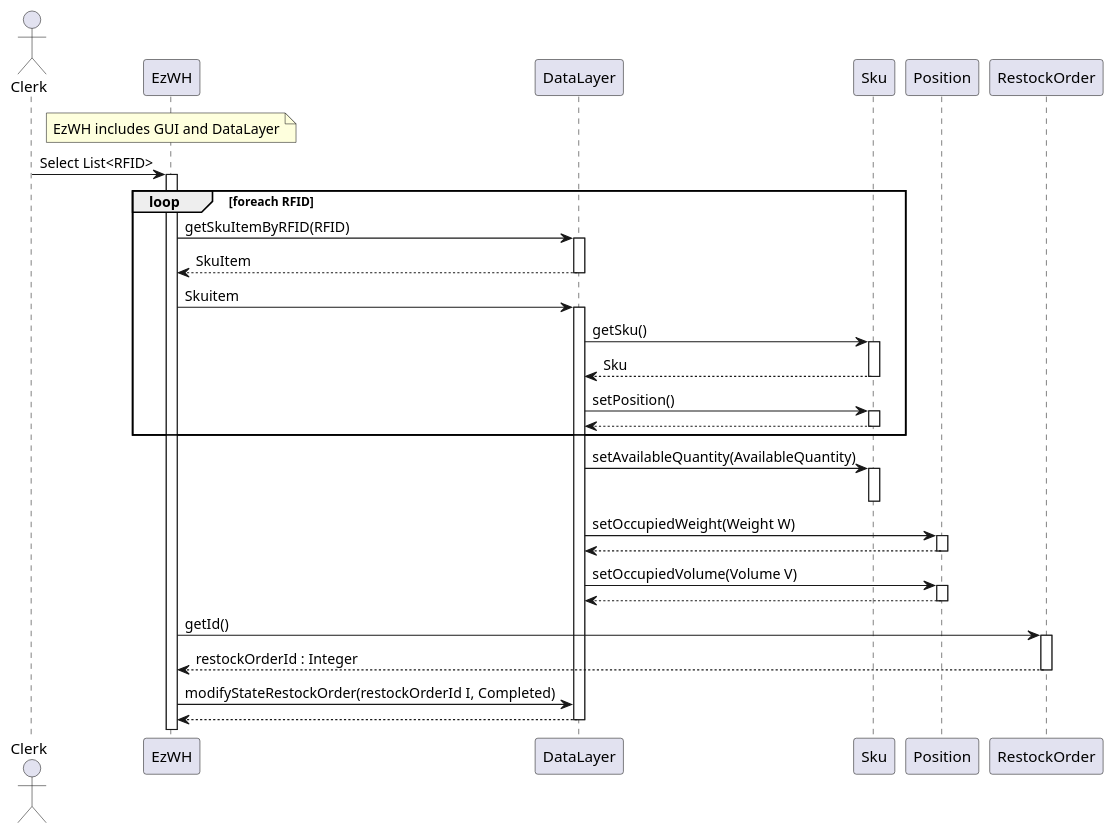
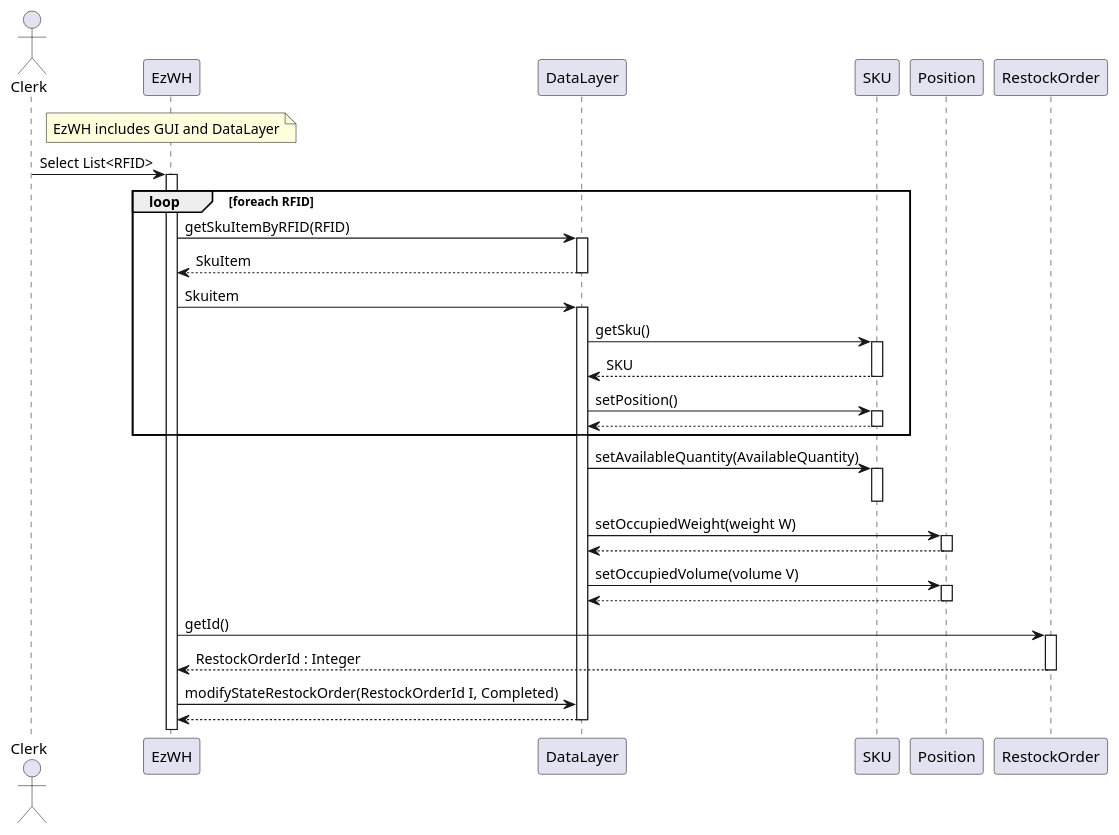
Before and after one commit to LucaFilippetti99/EzWh---Software-engineering-project: the sixth of 8 diagrams in DesignDocument.md, drawn with PlantUML. The commit also changed other lines of this file, not shown here.

````diff
--- a/DesignDocument.md
+++ b/DesignDocument.md
@@ -613,53 +613,53 @@
 ```plantuml
 
 actor Clerk
 note over EzWH : EzWH includes GUI and DataLayer
 Clerk -> EzWH : Select List<RFID>
 activate EzWH
 
 loop foreach RFID
 
 EzWH -> DataLayer : getSkuItemByRFID(RFID)
 activate DataLayer
 return  SkuItem
 
 EzWH -> DataLayer : Skuitem
 activate DataLayer
-DataLayer -> Sku : getSku()
-activate Sku
-return  Sku
+DataLayer -> SKU : getSku()
+activate SKU
+return  SKU
 
-DataLayer -> Sku : setPosition()
-activate Sku
+DataLayer -> SKU : setPosition()
+activate SKU
 return
-deactivate Sku
+deactivate SKU
 
 end
 
-DataLayer -> Sku : setAvailableQuantity(AvailableQuantity)
-activate Sku
-deactivate Sku
+DataLayer -> SKU : setAvailableQuantity(AvailableQuantity)
+activate SKU
+deactivate SKU
 
 
 
-DataLayer -> Position : setOccupiedWeight(Weight W)
+DataLayer -> Position : setOccupiedWeight(weight W)
 activate Position
 return
 deactivate Position
 
-DataLayer -> Position : setOccupiedVolume(Volume V)
+DataLayer -> Position : setOccupiedVolume(volume V)
 activate Position
 return
 deactivate Position
 
 EzWH -> RestockOrder : getId()
 activate RestockOrder
-return restockOrderId : Integer
+return RestockOrderId : Integer
 
-EzWH -> DataLayer :  modifyStateRestockOrder(restockOrderId I, Completed)
+EzWH -> DataLayer :  modifyStateRestockOrder(RestockOrderId I, Completed)
 return
 deactivate DataLayer
 
 
 
 ```
````
